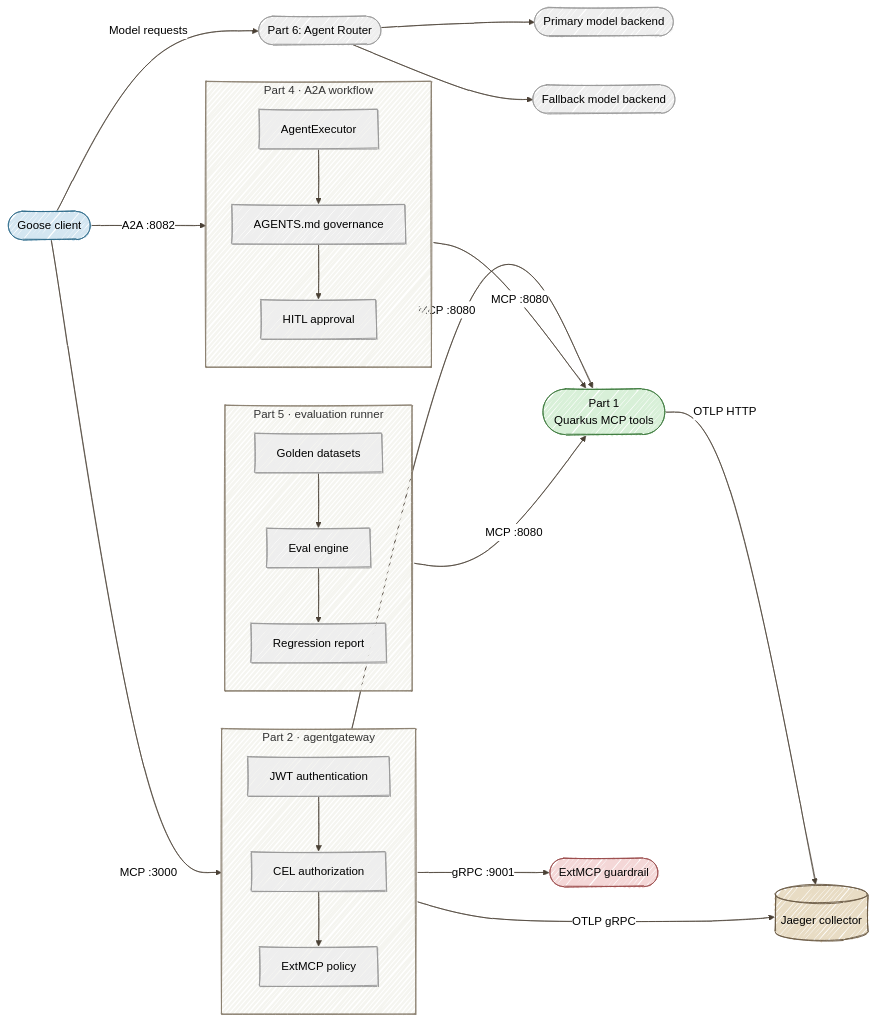
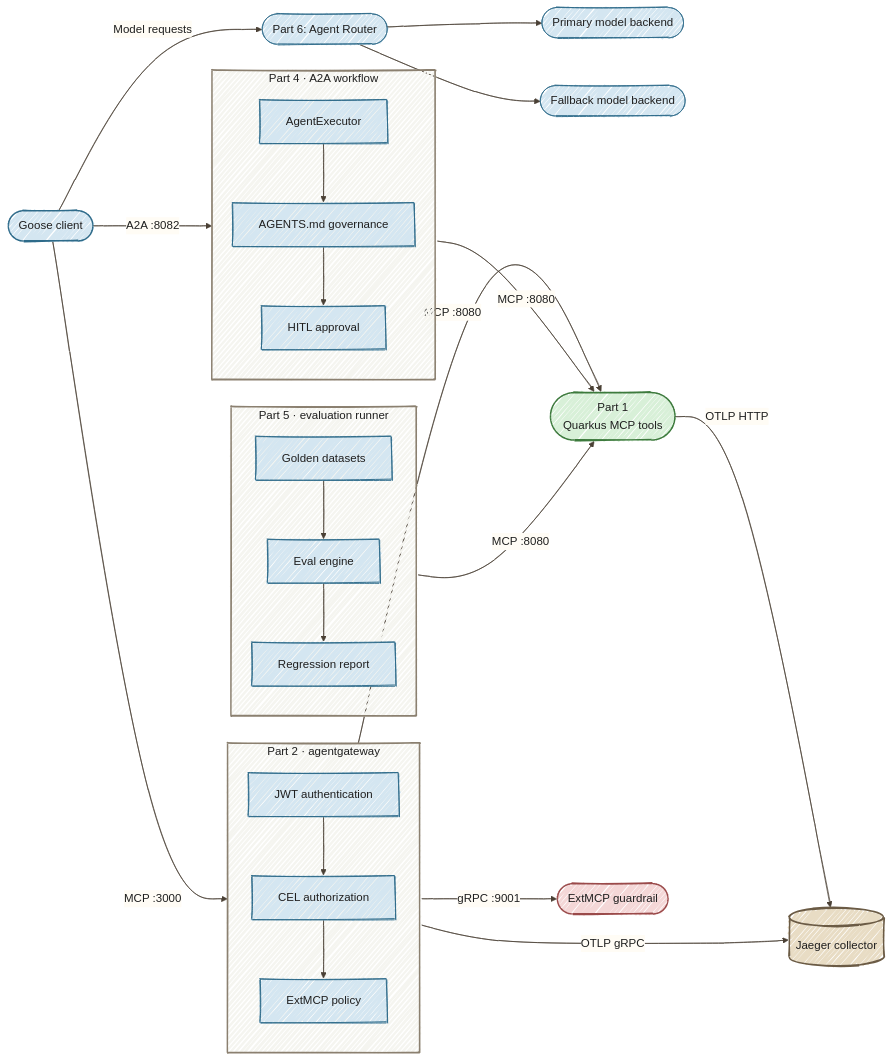
Before and after one commit to danieloh30/governed-agent-platform: the diagram in README.md, drawn with Mermaid. The commit also changed 14 other files, not shown here.

Commit message:
Improve Mermaid readability in light and dark modes

````diff
--- a/README.md
+++ b/README.md
@@ -59,44 +59,44 @@
 ```mermaid
-%%{init: {'look':'handDrawn','theme':'neutral','themeVariables': {'lineColor':'#4A4035'}}}%%
+%%{init: {"look":"handDrawn","theme":"base","themeVariables":{"darkMode":false,"background":"#FFFCF5","primaryColor":"#D4E6F1","primaryBorderColor":"#2E6B8A","primaryTextColor":"#1F1F1F","secondaryColor":"#D8F0D8","secondaryTextColor":"#1F1F1F","tertiaryColor":"#E8DCC4","tertiaryTextColor":"#1F1F1F","textColor":"#1F1F1F","lineColor":"#4A4035","edgeLabelBackground":"#FFFCF5","clusterBkg":"#F5F5F0","clusterBorder":"#6B5B45","fontSize":"16px","actorBkg":"#D4E6F1","actorBorder":"#2E6B8A","actorTextColor":"#1F1F1F","actorLineColor":"#6B5B45","signalColor":"#4A4035","signalTextColor":"#1F1F1F"},"flowchart":{"nodeSpacing":35,"rankSpacing":55,"padding":18}}}%%
 flowchart LR
     G([Goose client]) -->|MCP :3000| AG
     G -->|Model requests| AR([Part 6: Agent Router])
     AR --> PRIMARY([Primary model backend])
     AR --> FALLBACK([Fallback model backend])
     G -->|A2A :8082| FLOW
     AG -->|MCP :8080| MCP([Part 1<br/>Quarkus MCP tools])
     AG -->|gRPC :9001| GR([ExtMCP guardrail])
     FLOW -->|MCP :8080| MCP
     EVAL -->|MCP :8080| MCP
     AG -->|OTLP gRPC| J[(Jaeger collector)]
     MCP -->|OTLP HTTP| J
 
     subgraph AG[Part 2 · agentgateway]
         AUTH[JWT authentication]
         RBAC[CEL authorization]
         GUARD[ExtMCP policy]
         AUTH --> RBAC --> GUARD
     end
 
     subgraph FLOW[Part 4 · A2A workflow]
         EXEC[AgentExecutor]
         GOV[AGENTS.md governance]
         HITL[HITL approval]
         EXEC --> GOV --> HITL
     end
 
     subgraph EVAL[Part 5 · evaluation runner]
         DATA[Golden datasets]
         RUN[Eval engine]
         REPORT[Regression report]
         DATA --> RUN --> REPORT
     end
 
-    style G fill:#D4E6F1,stroke:#2E6B8A
-    style AG fill:#F5F5F0,stroke:#8B8070
-    style FLOW fill:#F5F5F0,stroke:#8B8070
-    style EVAL fill:#F5F5F0,stroke:#8B8070
-    style MCP fill:#D8F0D8,stroke:#3D7A3D
-    style GR fill:#F4D7D7,stroke:#9A4A4A
-    style J fill:#E8DCC4,stroke:#6B5B45
+    style G fill:#D4E6F1,stroke:#2E6B8A,color:#1F1F1F,stroke-width:2px
+    style AG fill:#F5F5F0,stroke:#8B8070,color:#1F1F1F,stroke-width:2px
+    style FLOW fill:#F5F5F0,stroke:#8B8070,color:#1F1F1F,stroke-width:2px
+    style EVAL fill:#F5F5F0,stroke:#8B8070,color:#1F1F1F,stroke-width:2px
+    style MCP fill:#D8F0D8,stroke:#3D7A3D,color:#1F1F1F,stroke-width:2px
+    style GR fill:#F4D7D7,stroke:#9A4A4A,color:#1F1F1F,stroke-width:2px
+    style J fill:#E8DCC4,stroke:#6B5B45,color:#1F1F1F,stroke-width:2px
 ```
````
